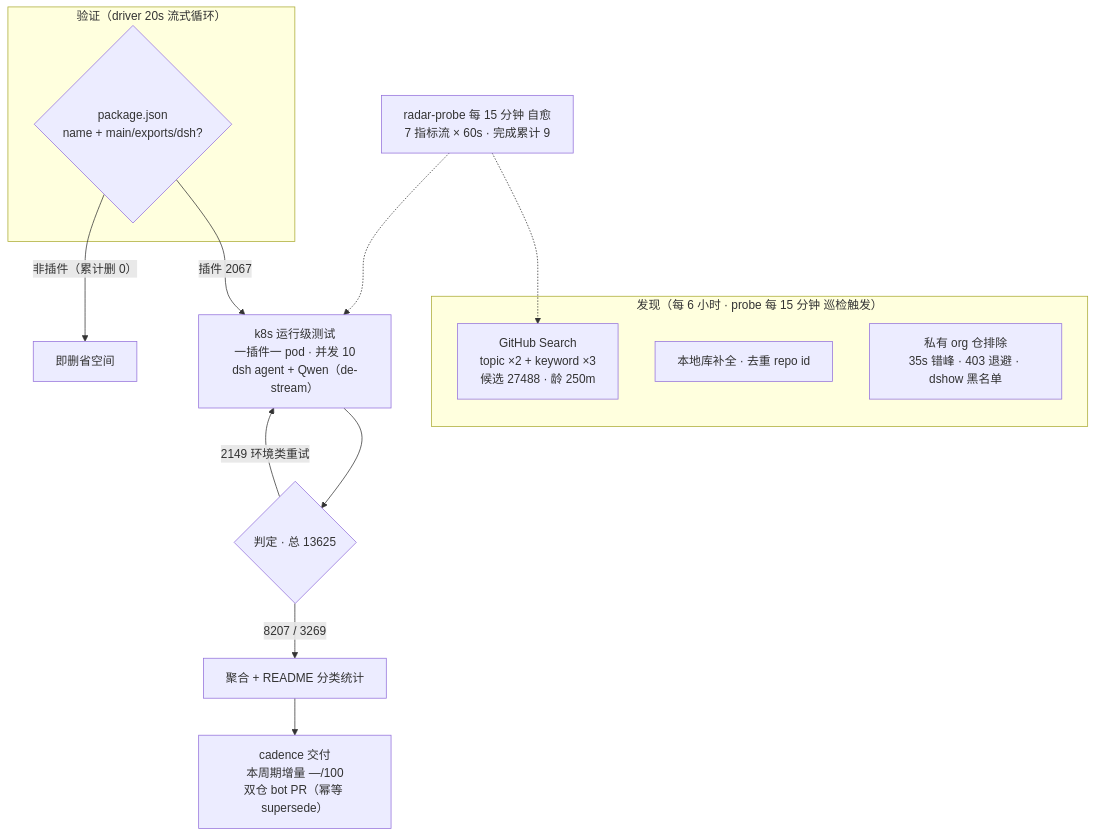
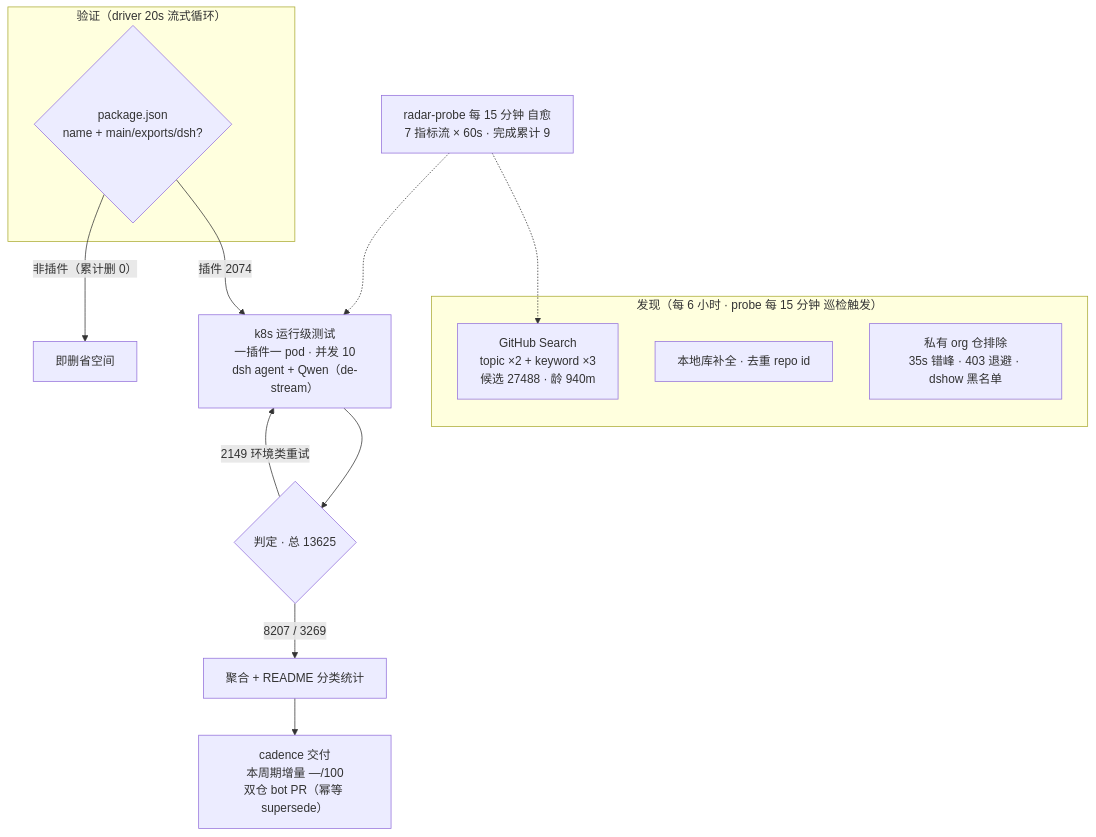
One commit to Zhidao-Lab-OSS/awesome-dsh-plugins changed the diagram in README.md. Above: the diagram before and after it, drawn with Mermaid. The commit also changed other lines of this file and 1 other file, not shown here.

````diff
--- a/README.md
+++ b/README.md
@@ -54,20 +54,20 @@
 ```mermaid
 flowchart TB
     subgraph Discovery["发现（每 6 小时 · probe 每 15 分钟 巡检触发）"]
-        A1["GitHub Search<br/>topic ×2 + keyword ×3<br/>候选 27488 · 龄 250m"]
+        A1["GitHub Search<br/>topic ×2 + keyword ×3<br/>候选 27488 · 龄 940m"]
         A2["本地库补全 · 去重 repo id"]
         A3["私有 org 仓排除<br/>35s 错峰 · 403 退避 · dshow 黑名单"]
     end
     subgraph Validation["验证（driver 20s 流式循环）"]
         B1{"package.json<br/>name + main/exports/dsh?"}
     end
-    B1 -->|"插件 2067"| C1["k8s 运行级测试<br/>一插件一 pod · 并发 10<br/>dsh agent + Qwen（de-stream）"]
+    B1 -->|"插件 2074"| C1["k8s 运行级测试<br/>一插件一 pod · 并发 10<br/>dsh agent + Qwen（de-stream）"]
     B1 -->|"非插件（累计删 0）"| B3["即删省空间"]
     C1 --> D1{"判定 · 总 13625"}
     D1 -->|"8207 / 3269"| E1["聚合 + README 分类统计"]
     D1 -->|"2149 环境类重试"| C1
     E1 --> E2["cadence 交付<br/>本周期增量 —/100<br/>双仓 bot PR（幂等 supersede）"]
     M["radar-probe 每 15 分钟 自愈<br/>7 指标流 × 60s · 完成累计 9"]
     M -.-> A1
     M -.-> C1
 ```
````
